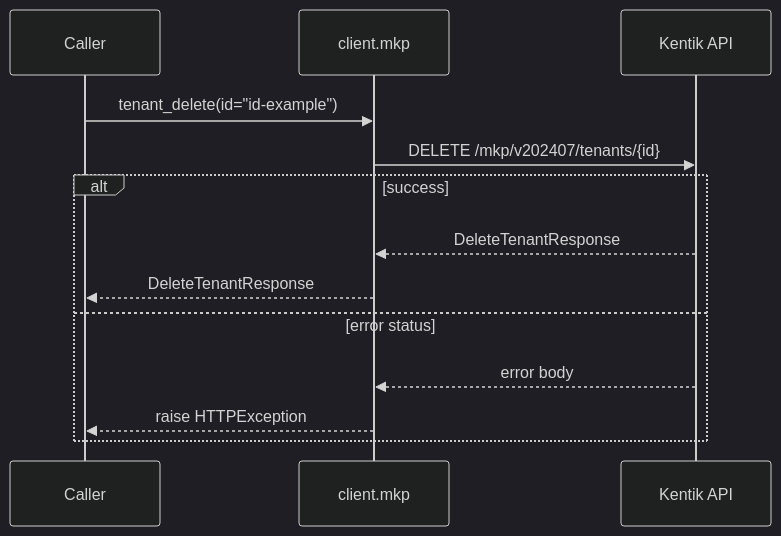
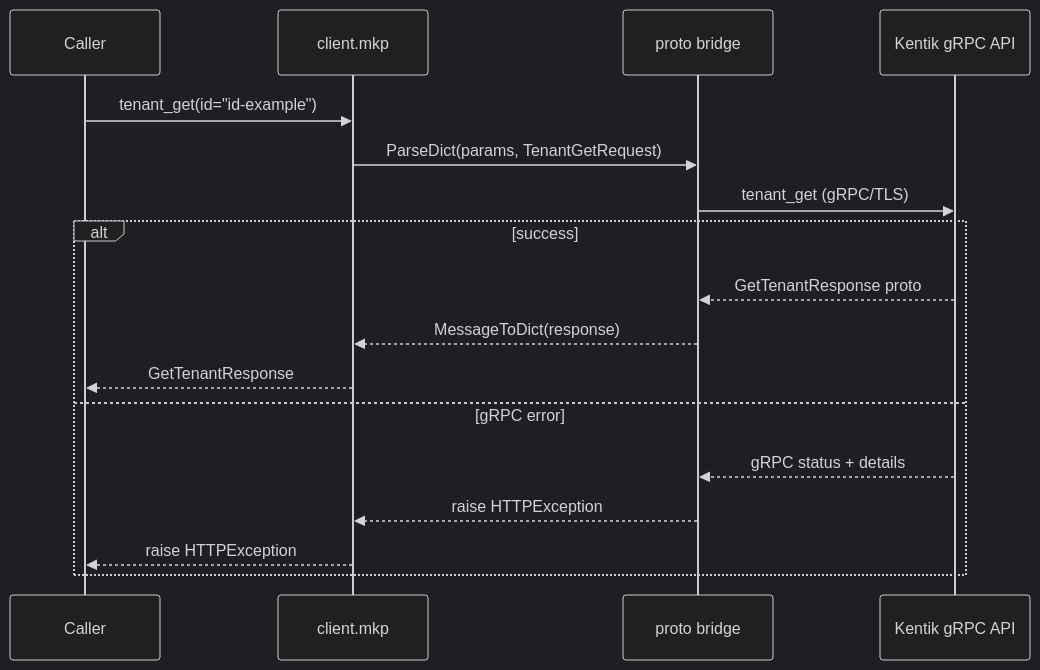
Before and after one commit to alexdearaujo/community_sdk_python: diagram 17 of 30 in docs/sphinx/services/mkp.md, drawn with Mermaid (dark theme). The commit also changed other lines of this file and 61 other files, not shown here.

````diff
--- a/docs/sphinx/services/mkp.md
+++ b/docs/sphinx/services/mkp.md
@@ -473,16 +567,20 @@
 ```mermaid
 sequenceDiagram
     participant C as Caller
     participant W as client.mkp
-    participant API as Kentik API
+    participant B as proto bridge
+    participant API as Kentik gRPC API
 
-    C->>W: tenant_delete(id="id-example")
-    W->>API: DELETE /mkp/v202407/tenants/{id}
+    C->>W: tenant_get(id="id-example")
+    W->>B: ParseDict(params, TenantGetRequest)
+    B->>API: tenant_get (gRPC/TLS)
     alt success
-        API-->>W: DeleteTenantResponse
-        W-->>C: DeleteTenantResponse
-    else error status
-        API-->>W: error body
+        API-->>B: GetTenantResponse proto
+        B-->>W: MessageToDict(response)
+        W-->>C: GetTenantResponse
+    else gRPC error
+        API-->>B: gRPC status + details
+        B-->>W: raise HTTPException
         W-->>C: raise HTTPException
     end
 ```
````
